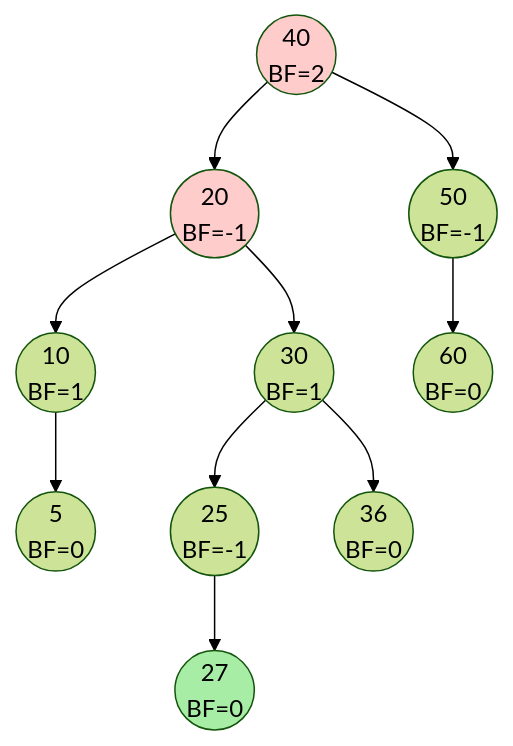
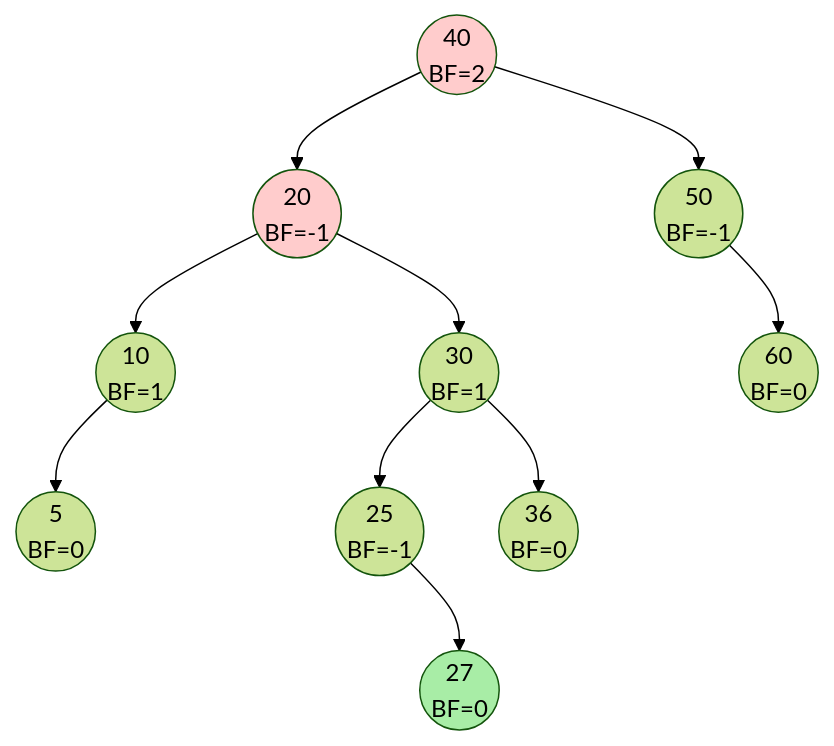
Diagram 12 of 13 in tree/17_avl_trees.md (ARYAN-KUMAR-22/dsa), drawn with Mermaid (forest theme) before and after one commit. The commit also changed other lines of this file, not shown here.

````diff
--- a/tree/17_avl_trees.md
+++ b/tree/17_avl_trees.md
@@ -436,16 +456,27 @@
 ```mermaid
 graph TD
     40((40<br>BF=2)) --> 20((20<br>BF=-1))
     40 --> 50((50<br>BF=-1))
+    
     20 --> 10((10<br>BF=1))
     20 --> 30((30<br>BF=1))
+    
     10 --> 5((5<br>BF=0))
+    10 ~~~ inv10[ ]
+    
     30 --> 25((25<br>BF=-1))
     30 --> 36((36<br>BF=0))
+    
+    25 ~~~ inv25[ ]
     25 --> 27((27<br>BF=0))
+    
+    50 ~~~ inv50[ ]
     50 --> 60((60<br>BF=0))
     
+    style inv10 fill:none,stroke:none,color:none
+    style inv25 fill:none,stroke:none,color:none
+    style inv50 fill:none,stroke:none,color:none
     style 40 fill:#ffcccc
     style 20 fill:#ffcccc
     style 27 fill:#a8eda6
 ```
````
